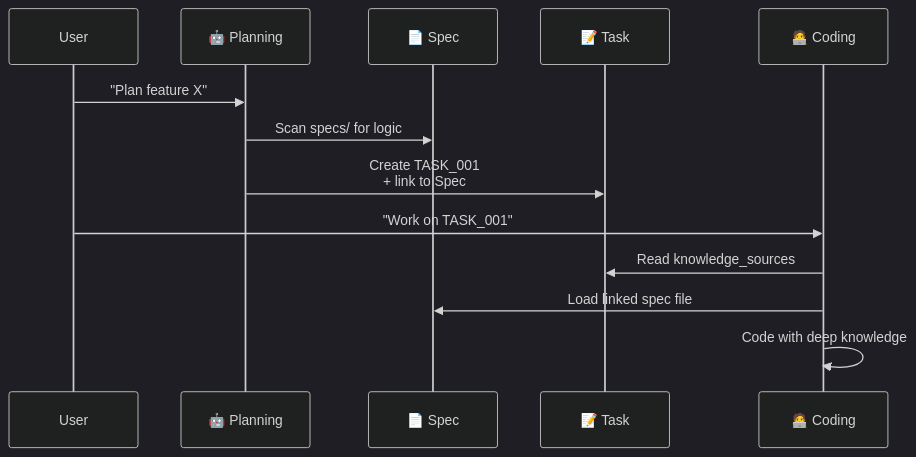
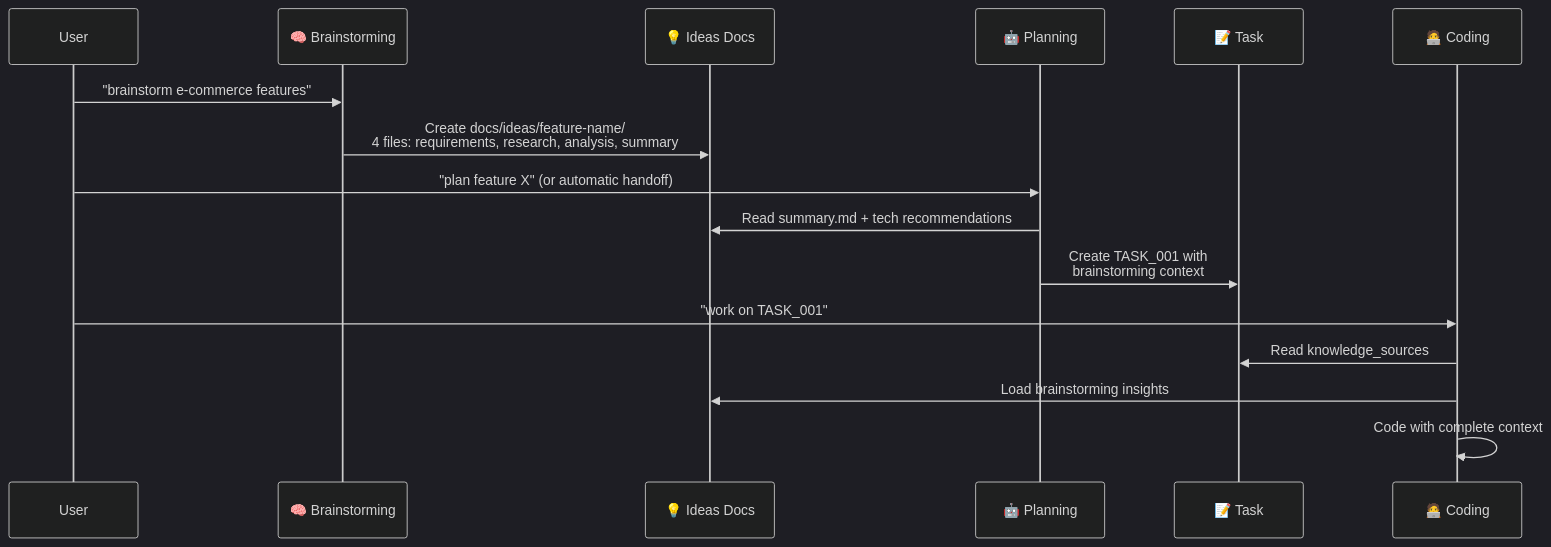
One commit to khanhbkqt/cursor-rules-agent changed the diagram in README.md. Above: the diagram before and after it, drawn with Mermaid (dark theme). The commit also changed other lines of this file and 1 other file, not shown here.

First line of the commit message:
release: version 0.3.0 with structured brainstorming system

````diff
--- a/README.md
+++ b/README.md
@@ -251,16 +292,19 @@
 ```mermaid
 sequenceDiagram
     participant User
+    participant Brainstorming as 🧠 Brainstorming
+    participant Ideas as 💡 Ideas Docs
     participant Planning as 🤖 Planning
-    participant Spec as 📄 Spec
     participant Task as 📝 Task
     participant Coding as 🧑‍💻 Coding
 
-    User->>Planning: "Plan feature X"
-    Planning->>Spec: Scan specs/ for logic
-    Planning->>Task: Create TASK_001<br>+ link to Spec
-    User->>Coding: "Work on TASK_001"
+    User->>Brainstorming: "brainstorm e-commerce features"
+    Brainstorming->>Ideas: Create docs/ideas/feature-name/<br/>4 files: requirements, research, analysis, summary
+    User->>Planning: "plan feature X" (or automatic handoff)
+    Planning->>Ideas: Read summary.md + tech recommendations
+    Planning->>Task: Create TASK_001 with<br/>brainstorming context
+    User->>Coding: "work on TASK_001"
     Coding->>Task: Read knowledge_sources
-    Coding->>Spec: Load linked spec file
-    Coding->>Coding: Code with deep knowledge
+    Coding->>Ideas: Load brainstorming insights
+    Coding->>Coding: Code with complete context
 ```
````
